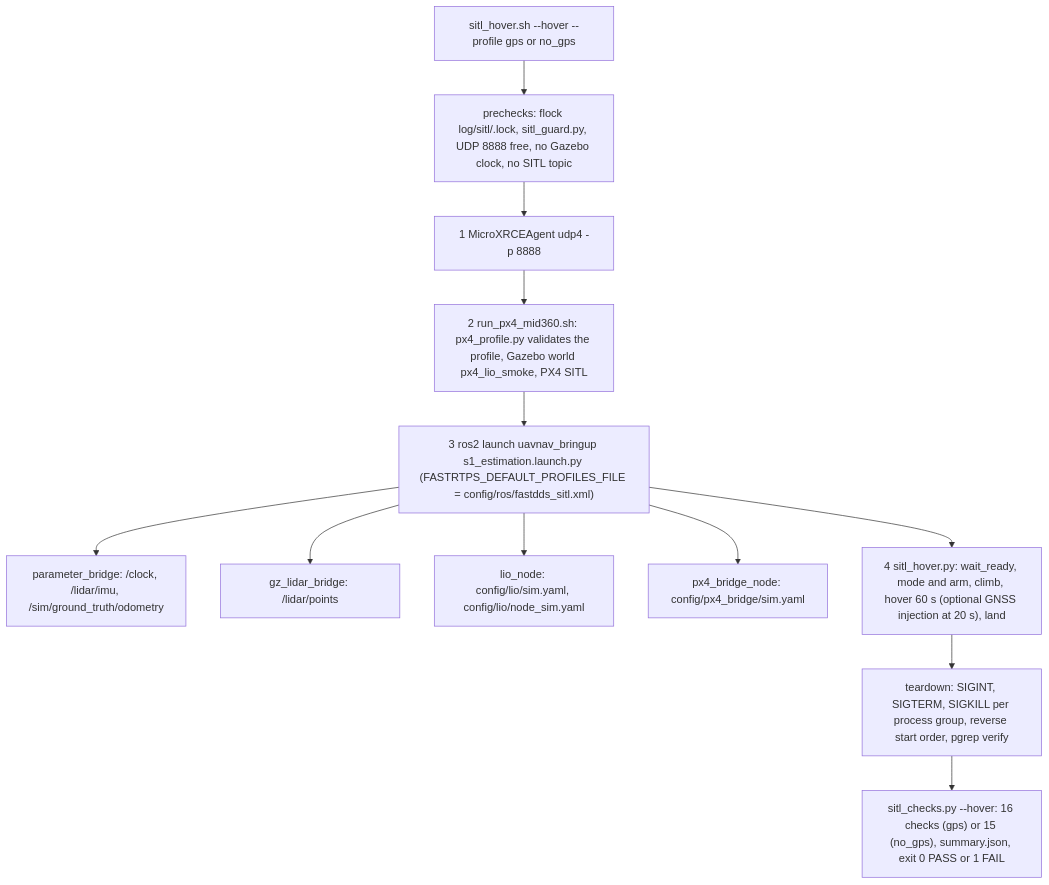
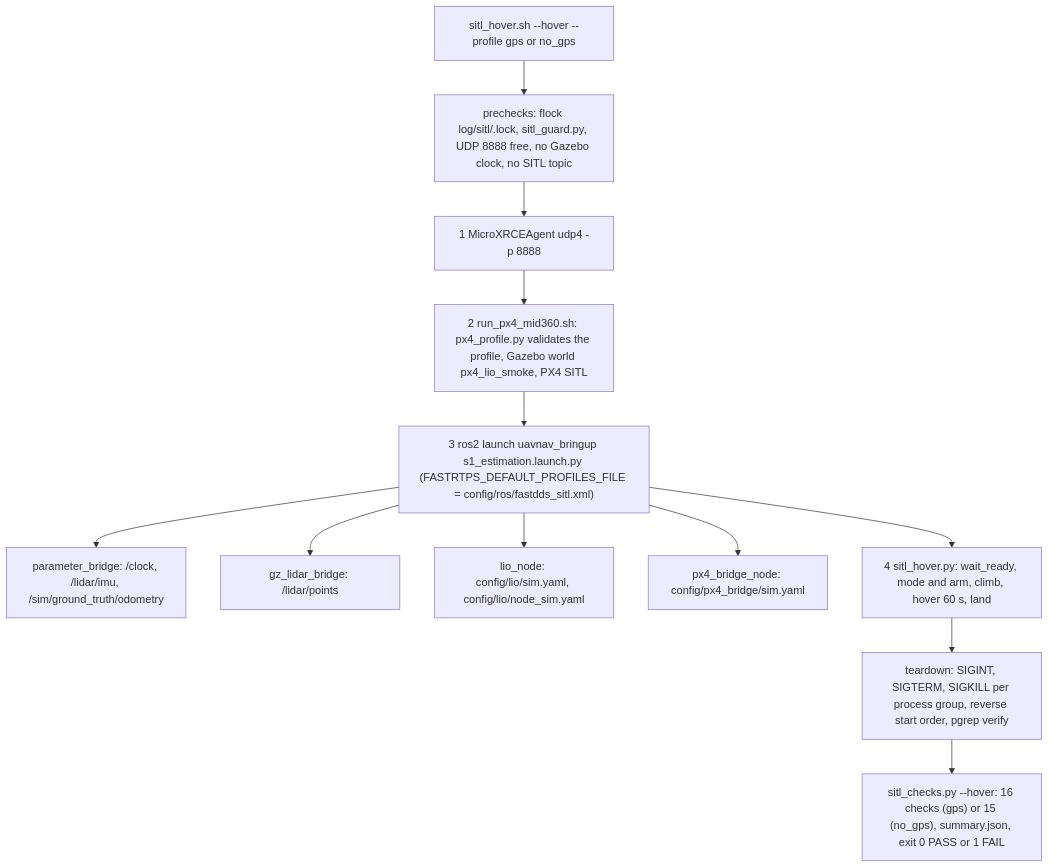
One commit to TanDatEmb/uav-navigation changed diagram 11 of 11 in docs/architecture/AS_BUILT.md. Above: the diagram before and after it, drawn with Mermaid. The commit also changed other lines of this file and 2 other files, not shown here.

First line of the commit message:
docs(analysis): state S1c Task 1 as measured: GNSS loss not evaluated, DV2 cause open

````diff
--- a/docs/architecture/AS_BUILT.md
+++ b/docs/architecture/AS_BUILT.md
@@ -578,14 +578,14 @@
 ```mermaid
 flowchart TB
   SH["sitl_hover.sh --hover --profile gps or no_gps"] --> PRE["prechecks: flock log/sitl/.lock, sitl_guard.py, UDP 8888 free, no Gazebo clock, no SITL topic"]
   PRE --> P1["1 MicroXRCEAgent udp4 -p 8888"]
   P1 --> P2["2 run_px4_mid360.sh: px4_profile.py validates the profile, Gazebo world px4_lio_smoke, PX4 SITL"]
   P2 --> P3["3 ros2 launch uavnav_bringup s1_estimation.launch.py (FASTRTPS_DEFAULT_PROFILES_FILE = config/ros/fastdds_sitl.xml)"]
   P3 --> L1["parameter_bridge: /clock, /lidar/imu, /sim/ground_truth/odometry"]
   P3 --> L2["gz_lidar_bridge: /lidar/points"]
   P3 --> L3["lio_node: config/lio/sim.yaml, config/lio/node_sim.yaml"]
   P3 --> L4["px4_bridge_node: config/px4_bridge/sim.yaml"]
-  P3 --> P4["4 sitl_hover.py: wait_ready, mode and arm, climb, hover 60 s (optional GNSS injection at 20 s), land"]
+  P3 --> P4["4 sitl_hover.py: wait_ready, mode and arm, climb, hover 60 s, land"]
   P4 --> TD["teardown: SIGINT, SIGTERM, SIGKILL per process group, reverse start order, pgrep verify"]
   TD --> V["sitl_checks.py --hover: 16 checks (gps) or 15 (no_gps), summary.json, exit 0 PASS or 1 FAIL"]
 ```
````
